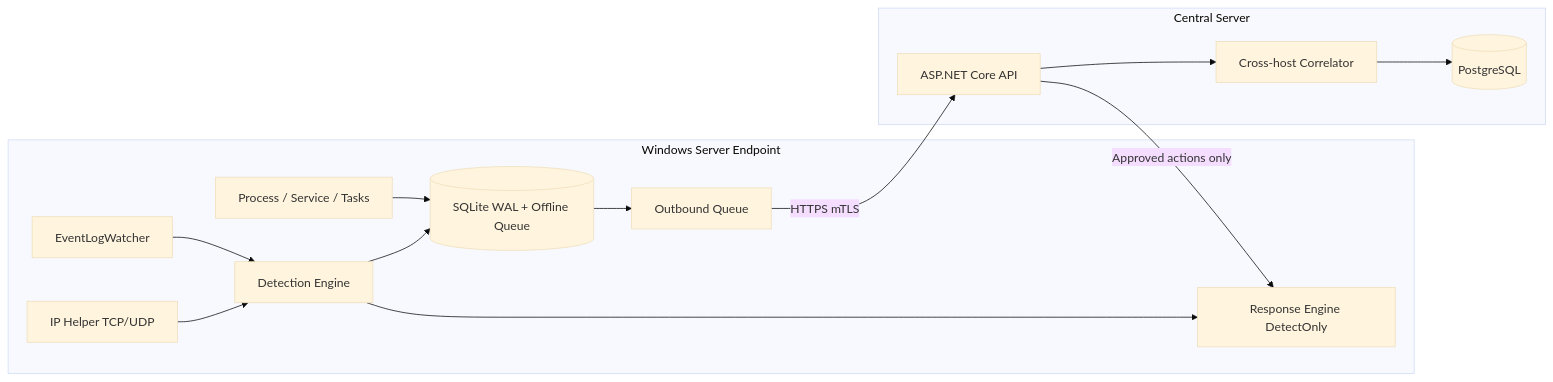
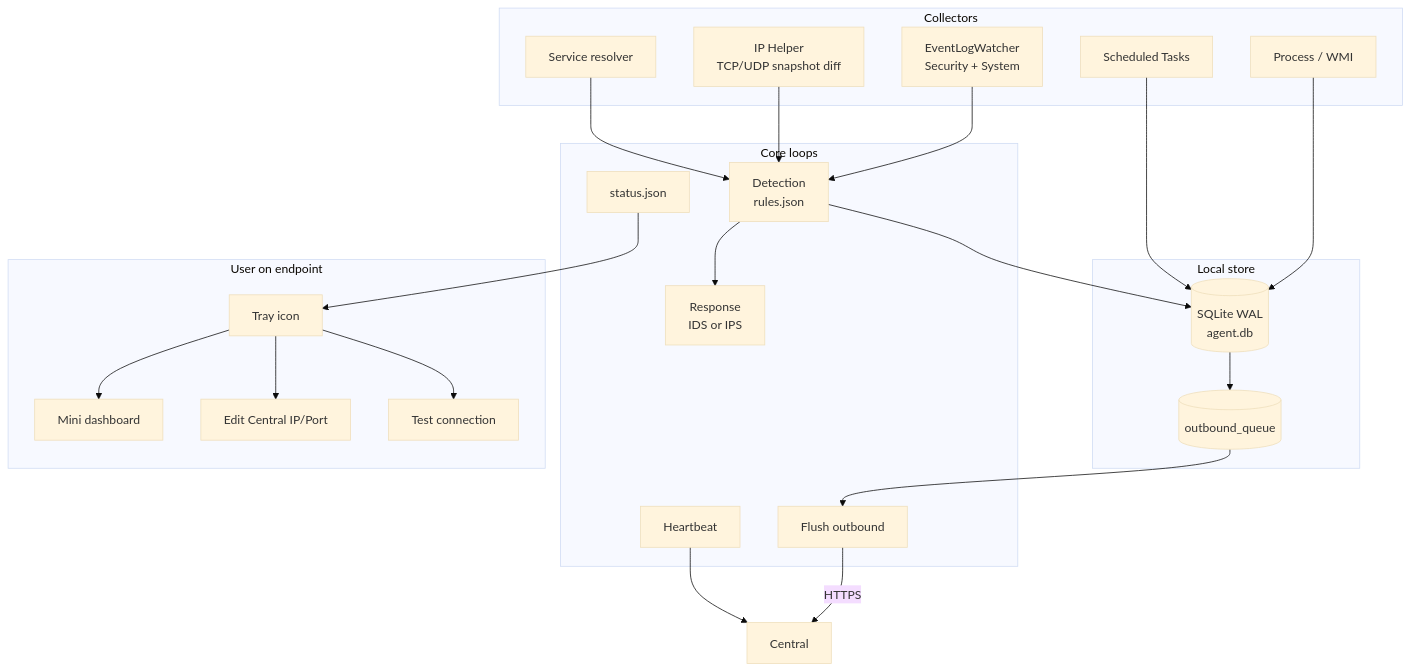
One commit to paddman/CherrySentinelAgent changed the sixth of 17 diagrams in README.md. Above: the diagram before and after it, drawn with Mermaid (base theme). The commit also changed other lines of this file, not shown here.

Commit message:
docs: expand README with detailed architecture and flow charts

````diff
--- a/README.md
+++ b/README.md
@@ -39,27 +184,46 @@
 ```mermaid
-flowchart LR
-  subgraph Endpoint["Windows Server Endpoint"]
-    EV[EventLogWatcher]
-    NET[IP Helper TCP/UDP]
-    PROC[Process / Service / Tasks]
-    DET[Detection Engine]
-    SQL[(SQLite WAL + Offline Queue)]
-    RESP[Response Engine DetectOnly]
-    EV --> DET
-    NET --> DET
-    PROC --> SQL
-    DET --> SQL
-    DET --> RESP
-    SQL --> Q[Outbound Queue]
+flowchart TB
+  subgraph COLLECT["Collectors"]
+    EV["EventLogWatcher<br/>Security + System"]
+    NET["IP Helper<br/>TCP/UDP snapshot diff"]
+    PR["Process / WMI"]
+    SV["Service resolver"]
+    TK["Scheduled Tasks"]
   end
 
-  subgraph Central["Central Server"]
-    API[ASP.NET Core API]
-    CORR[Cross-host Correlator]
-    PG[(PostgreSQL)]
-    API --> CORR --> PG
+  subgraph CORE["Core loops"]
+    DET["Detection<br/>rules.json"]
+    RESP["Response<br/>IDS or IPS"]
+    FLUSH["Flush outbound"]
+    HB["Heartbeat"]
+    ST["status.json"]
   end
 
-  Q -->|HTTPS mTLS| API
-  API -->|Approved actions only| RESP
+  subgraph LOCAL["Local store"]
+    DB[("SQLite WAL<br/>agent.db")]
+    Q[("outbound_queue")]
+  end
+
+  subgraph UI["User on endpoint"]
+    TRAY["Tray icon"]
+    MINI["Mini dashboard"]
+    EDIT["Edit Central IP/Port"]
+    TEST["Test connection"]
+  end
+
+  EV --> DET
+  NET --> DET
+  PR --> DB
+  SV --> DET
+  TK --> DB
+  DET --> RESP
+  DET --> DB
+  DB --> Q
+  Q --> FLUSH
+  FLUSH -->|HTTPS| CEN["Central"]
+  HB --> CEN
+  TRAY --> MINI
+  TRAY --> EDIT
+  TRAY --> TEST
+  ST --> TRAY
 ```
````
